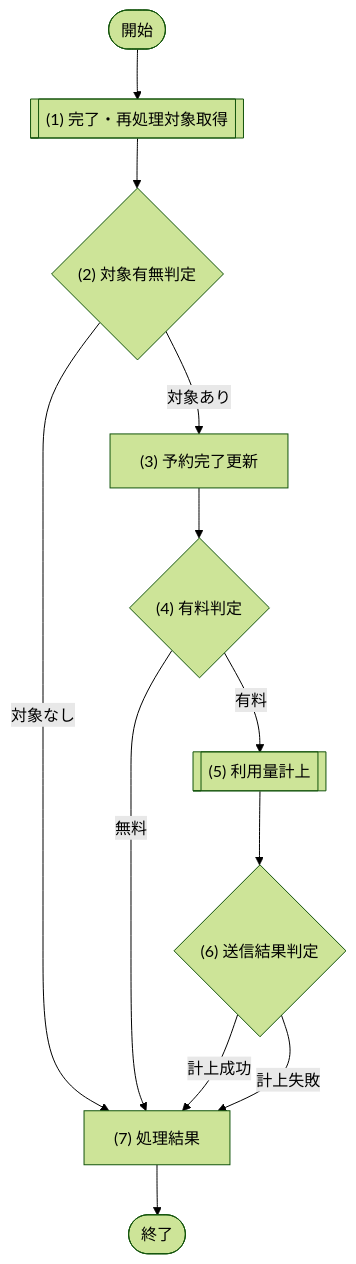
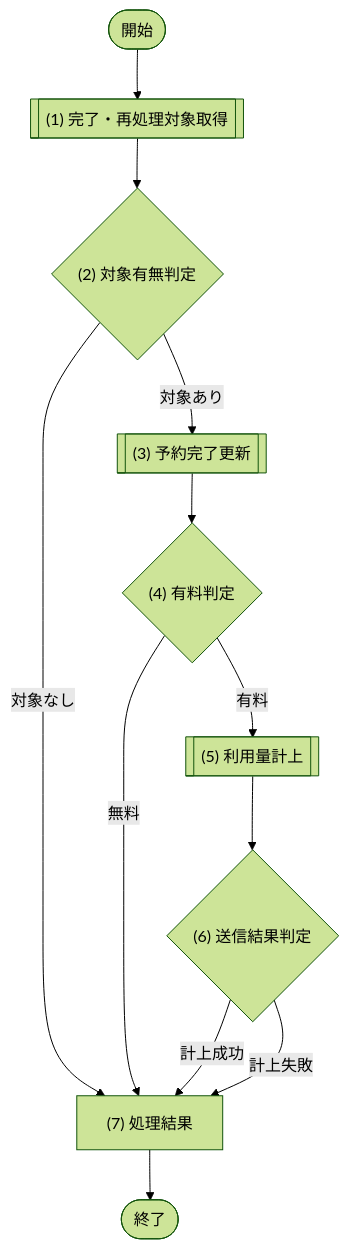
The diagram in docs/03_機能設計/05_JOB設計/JOB-002_利用量の従量課金計上.md (sikakou54/system-document-template), drawn with Mermaid (forest theme) before and after one commit. The commit also changed 99 other files, not shown here.

````diff
--- a/docs/03_機能設計/05_JOB設計/JOB-002_利用量の従量課金計上.md
+++ b/docs/03_機能設計/05_JOB設計/JOB-002_利用量の従量課金計上.md
@@ -33,20 +33,20 @@
 ```mermaid
 flowchart TD
   Start([開始])
   P1[["(1) 完了・再処理対象取得"]]
   D1{"(2) 対象有無判定"}
-  P2["(3) 予約完了更新"]
+  P2[["(3) 予約完了更新"]]
   D2{"(4) 有料判定"}
   P3[["(5) 利用量計上"]]
   D3{"(6) 送信結果判定"}
   P4["(7) 処理結果"]
   End([終了])
 
   Start --> P1 --> D1
   D1 -- "対象なし" --> P4 --> End
   D1 -- "対象あり" --> P2 --> D2
   D2 -- "無料" --> P4
   D2 -- "有料" --> P3 --> D3
   D3 -- "計上成功" --> P4
   D3 -- "計上失敗" --> P4
 ```
````
